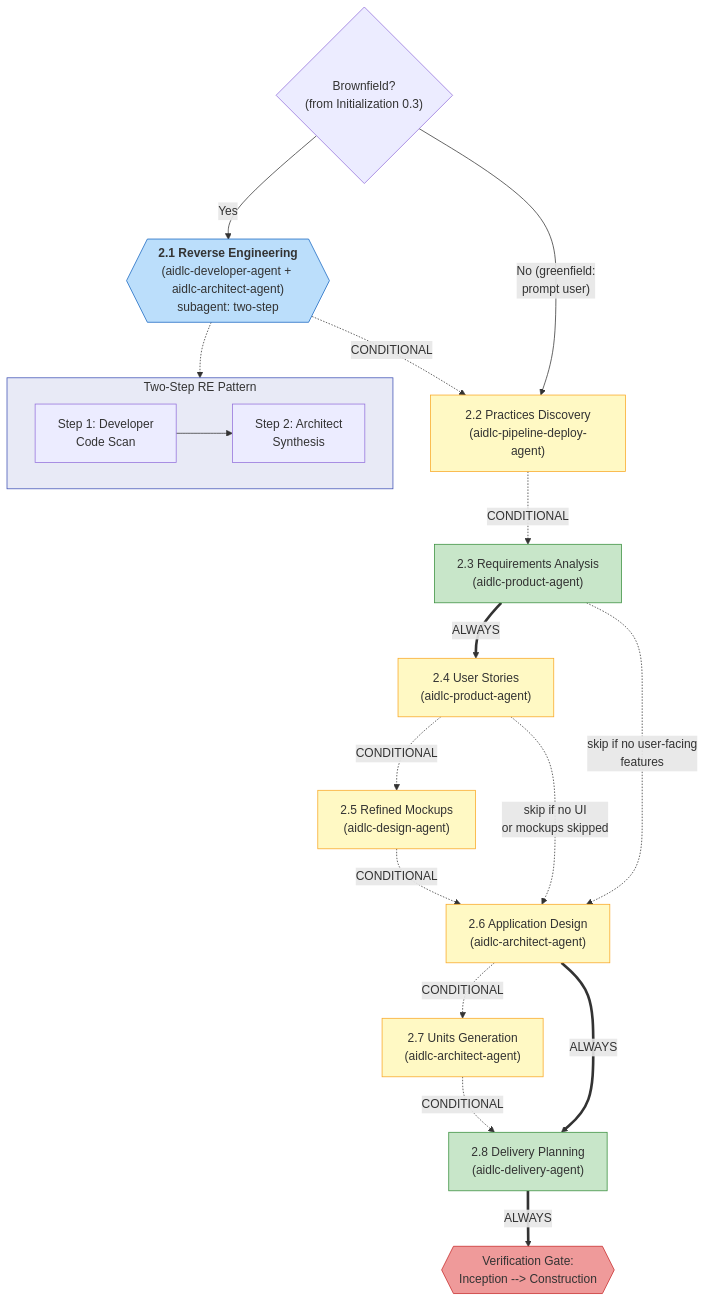
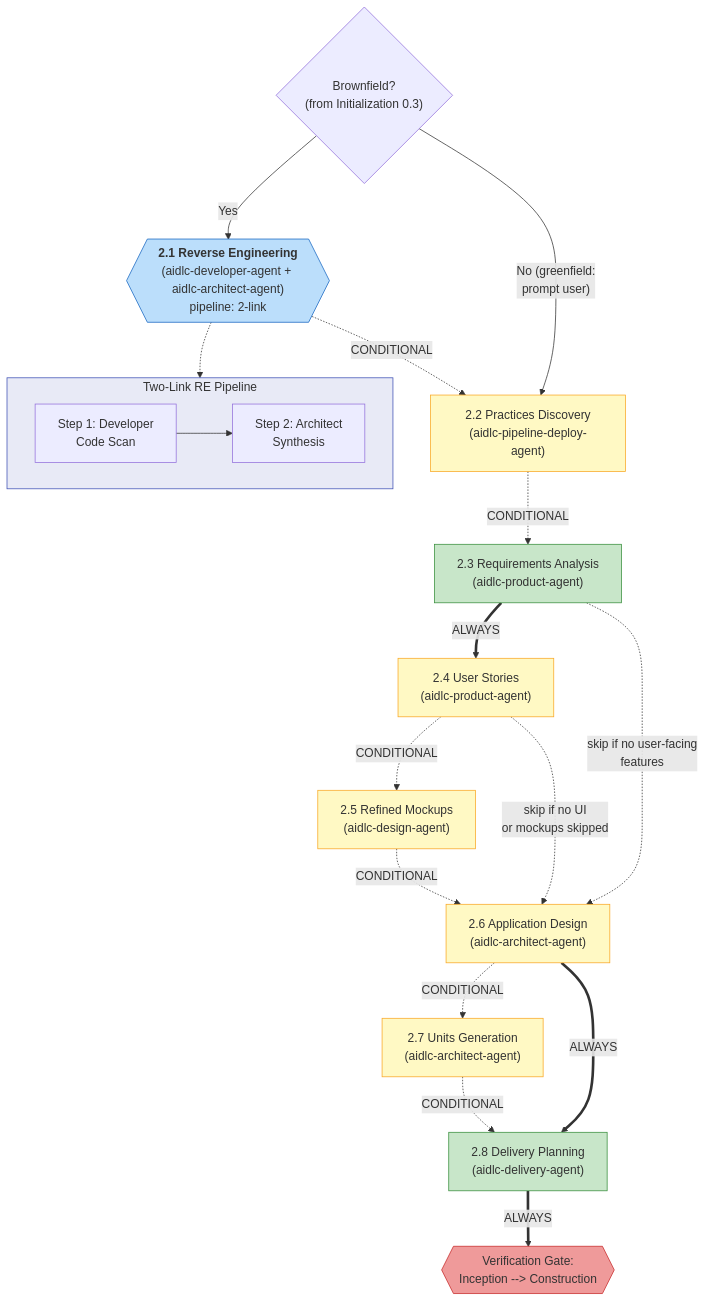
One commit to t-koike/aidlc-workflows changed the third of 12 diagrams in docs/reference/diagrams.md. Above: the diagram before and after it, drawn with Mermaid. The commit also changed other lines of this file and 773 other files, not shown here.

````diff
--- a/docs/reference/diagrams.md
+++ b/docs/reference/diagrams.md
@@ -110,50 +110,50 @@
 ```mermaid
 flowchart TD
     S21{{"`**2.1 Reverse Engineering**
     (aidlc-developer-agent + aidlc-architect-agent)
-    subagent: two-step`"}}
+    pipeline: 2-link`"}}
     S22a["2.2 Practices Discovery\n(aidlc-pipeline-deploy-agent)"]
     S22["2.3 Requirements Analysis\n(aidlc-product-agent)"]
     S23["2.4 User Stories\n(aidlc-product-agent)"]
     S24["2.5 Refined Mockups\n(aidlc-design-agent)"]
     S25["2.6 Application Design\n(aidlc-architect-agent)"]
     S26["2.7 Units Generation\n(aidlc-architect-agent)"]
     S27["2.8 Delivery Planning\n(aidlc-delivery-agent)"]
     VG2{{"Verification Gate:\nInception --> Construction"}}
 
     BF_CHECK{"Brownfield?\n(from Initialization 0.3)"}
     BF_CHECK -->|Yes| S21
     BF_CHECK -->|"No (greenfield:\nprompt user)"| S22a
     S21 -.->|CONDITIONAL| S22a
     S22a -.->|CONDITIONAL| S22
 
-    subgraph RE_DETAIL["Two-Step RE Pattern"]
+    subgraph RE_DETAIL["Two-Link RE Pipeline"]
         direction LR
         DEV_SCAN["Step 1: Developer\nCode Scan"]
         ARCH_SYNTH["Step 2: Architect\nSynthesis"]
         DEV_SCAN --> ARCH_SYNTH
     end
 
     S21 -.-> RE_DETAIL
 
     S22 ==>|ALWAYS| S23
     S22 -.->|"skip if no user-facing\nfeatures"| S25
     S23 -.->|CONDITIONAL| S24
     S23 -.->|"skip if no UI\nor mockups skipped"| S25
     S24 -.->|CONDITIONAL| S25
     S25 -.->|CONDITIONAL| S26
     S25 ==>|ALWAYS| S27
     S26 -.->|CONDITIONAL| S27
     S27 ==>|ALWAYS| VG2
 
     style S21 fill:#bbdefb,stroke:#1565c0
     style S22 fill:#c8e6c9,stroke:#388e3c
     style S27 fill:#c8e6c9,stroke:#388e3c
     style S22a fill:#fff9c4,stroke:#f9a825
     style S23 fill:#fff9c4,stroke:#f9a825
     style S24 fill:#fff9c4,stroke:#f9a825
     style S25 fill:#fff9c4,stroke:#f9a825
     style S26 fill:#fff9c4,stroke:#f9a825
     style VG2 fill:#ef9a9a,stroke:#c62828
     style RE_DETAIL fill:#e8eaf6,stroke:#3f51b5
 ```
````
